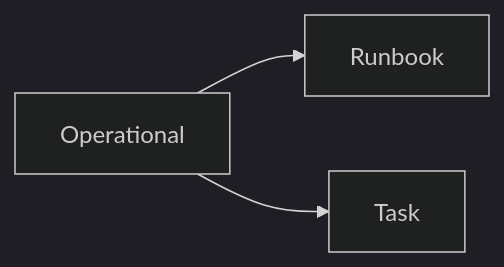
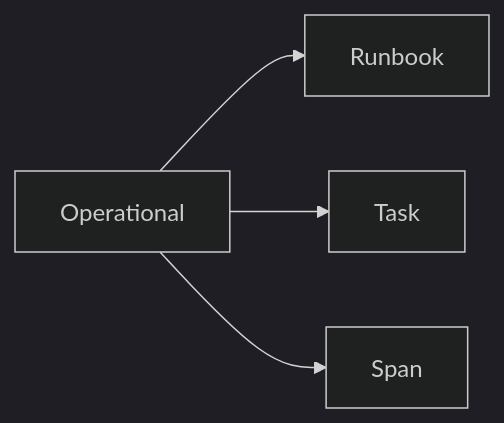
One commit to Gizmo4Life/space-game changed the diagram in docs/operational/readme.md. Above: the diagram before and after it, drawn with Mermaid (dark theme). The commit also changed other lines of this file and 7 other files, not shown here.

````diff
--- a/docs/operational/readme.md
+++ b/docs/operational/readme.md
@@ -12,5 +12,6 @@
 ```mermaid
 graph LR
     Ops[Operational] --> Run[Runbook]
     Ops --> Task[Task]
+    Ops --> Span[Span]
 ```
````
